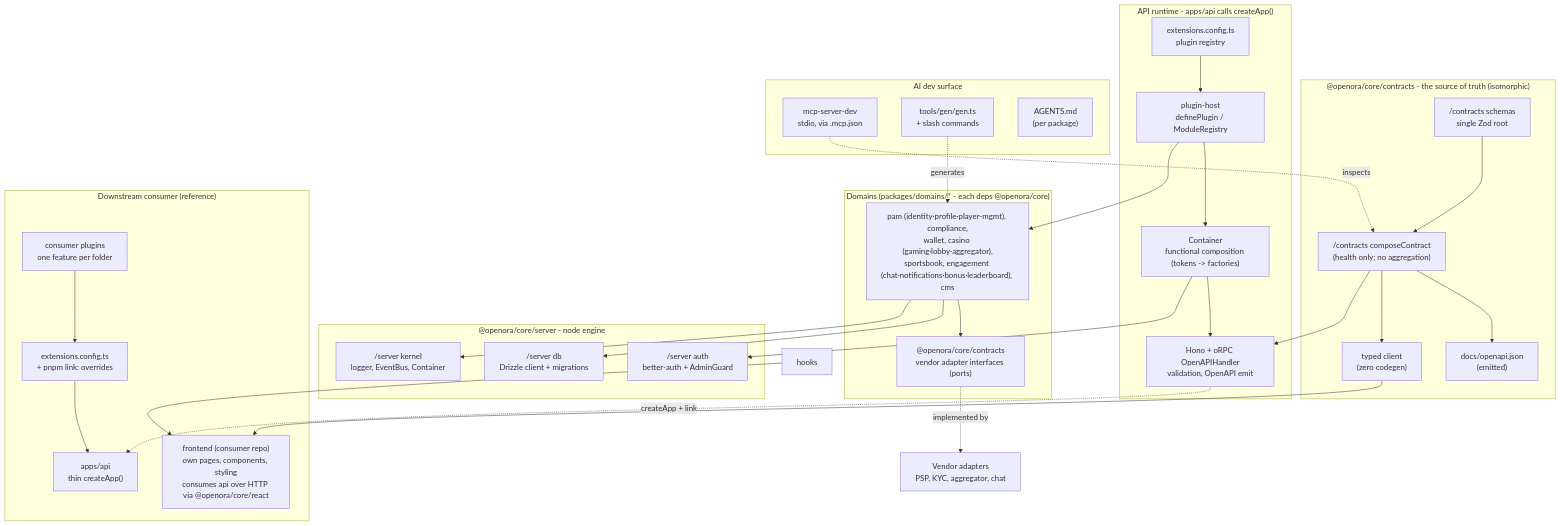
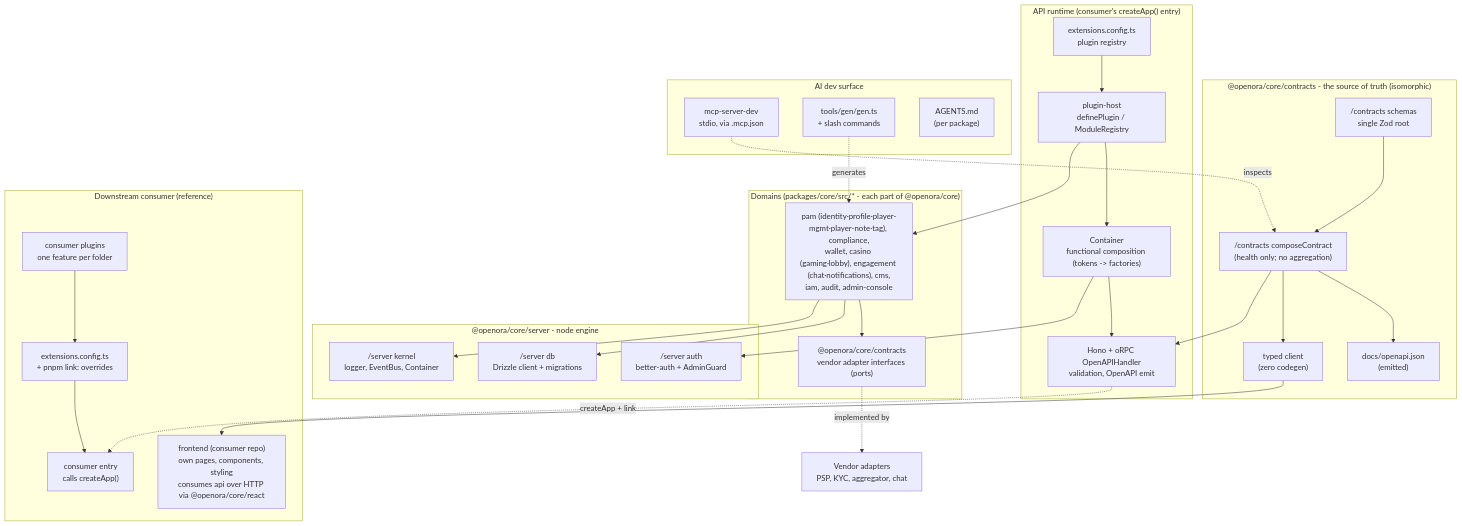
The first of 2 diagrams in docs/architecture.md (blurifycom/openora), drawn with Mermaid before and after one commit. The commit also changed other lines of this file and 8 other files, not shown here.

````diff
--- a/docs/architecture.md
+++ b/docs/architecture.md
@@ -20,63 +20,62 @@
 ```mermaid
 flowchart TB
   subgraph contracts["@openora/core/contracts - the source of truth (isomorphic)"]
     zod["/contracts schemas<br/>single Zod root"]
     orpc["/contracts composeContract<br/>(health only; no aggregation)"]
     openapi["docs/openapi.json<br/>(emitted)"]
     client["typed client<br/>(zero codegen)"]
     zod --> orpc
     orpc --> openapi
     orpc --> client
   end
 
-  subgraph runtime["API runtime - apps/api calls createApp()"]
+  subgraph runtime["API runtime (consumer's createApp() entry)"]
     cfg["extensions.config.ts<br/>plugin registry"]
     host["plugin-host<br/>definePlugin / ModuleRegistry"]
     container["Container<br/>functional composition (tokens -> factories)"]
     hono["Hono + oRPC OpenAPIHandler<br/>validation, OpenAPI emit"]
     cfg --> host
     host --> container
     container --> hono
     orpc --> hono
   end
 
   subgraph platform["@openora/core/server - node engine"]
     db["/server db<br/>Drizzle client + migrations"]
     auth["/server auth<br/>better-auth + AdminGuard"]
     core["/server kernel<br/>logger, EventBus, Container"]
   end
 
-  subgraph modules["Domains (packages/domains/* - each deps @openora/core)"]
-    mod["pam (identity·profile·player-mgmt), compliance,<br/>wallet, casino (gaming·lobby·aggregator),<br/>sportsbook, engagement (chat·notifications·bonus·leaderboard), cms"]
+  subgraph modules["Domains (packages/core/src/* - each part of @openora/core)"]
+    mod["pam (identity·profile·player-mgmt·player-note·tag), compliance,<br/>wallet, casino (gaming·lobby), engagement (chat·notifications), cms,<br/>iam, audit, admin-console"]
     adapters["@openora/core/contracts<br/>vendor adapter interfaces (ports)"]
     mod --> adapters
   end
 
   vendor["Vendor adapters<br/>PSP, KYC, aggregator, chat"]
 
   host --> mod
   container --> auth
   mod --> db
   mod --> core
   adapters -. implemented by .-> vendor
 
   subgraph consumer["Downstream consumer (reference)"]
-    bapi["apps/api<br/>thin createApp()"]
+    bapi["consumer entry<br/>calls createApp()"]
     bfront["frontend (consumer repo)<br/>own pages, components, styling<br/>consumes api over HTTP via @openora/core/react"]
     bplug["consumer plugins<br/>one feature per folder"]
     bcfg["extensions.config.ts<br/>+ pnpm link: overrides"]
     bplug --> bcfg
     bcfg --> bapi
   end
   hono -. createApp + link .-> bapi
   client --> bfront
-  hooks --> bfront
 
   subgraph ai["AI dev surface"]
     mcp["mcp-server-dev<br/>stdio, via .mcp.json"]
     scaffold["tools/gen/gen.ts<br/>+ slash commands"]
     agentsmd["AGENTS.md<br/>(per package)"]
   end
   mcp -. inspects .-> orpc
   scaffold -. generates .-> mod
 ```
````
